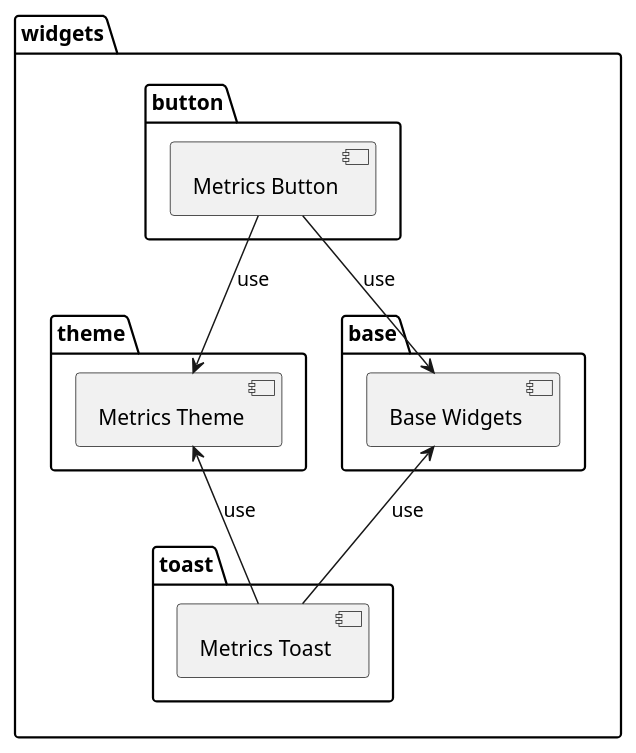
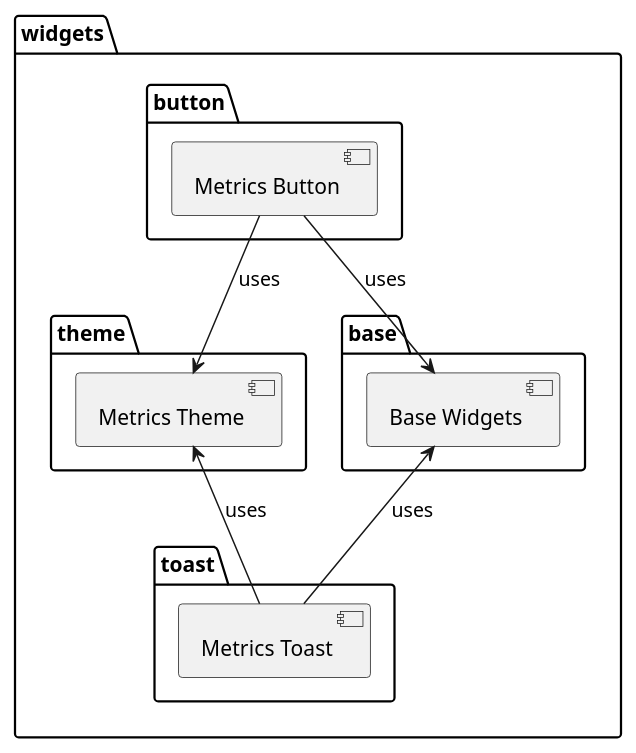
Before and after one commit to Flank/flank-dashboard: the diagram in metrics/web/docs/features/storybook/diagrams/metrics_widgets_structure_diagram.puml, drawn with PlantUML. The commit also changed 8 other files, not shown here.

```diff
--- a/metrics/web/docs/features/storybook/diagrams/metrics_widgets_structure_diagram.puml
+++ b/metrics/web/docs/features/storybook/diagrams/metrics_widgets_structure_diagram.puml
@@ -1,25 +1,25 @@
 @startuml metrics_widgets_structure_diagram
 
 package "widgets" {
   
   package "theme" {
     [Metrics Theme]
   }
 
   package "base" {  
     [Base Widgets]
   }
 
   package "button" {
-    [Metrics Button] --> [Base Widgets] : use
-    [Metrics Button] --> [Metrics Theme] : use
+    [Metrics Button] --> [Base Widgets] : uses
+    [Metrics Button] --> [Metrics Theme] : uses
   }
 
   package "toast" {
-    [Metrics Toast] -up-> [Base Widgets] : use
-    [Metrics Toast] -up-> [Metrics Theme] : use
+    [Metrics Toast] -up-> [Base Widgets] : uses
+    [Metrics Toast] -up-> [Metrics Theme] : uses
   }
    
 }
 
 @enduml
```
